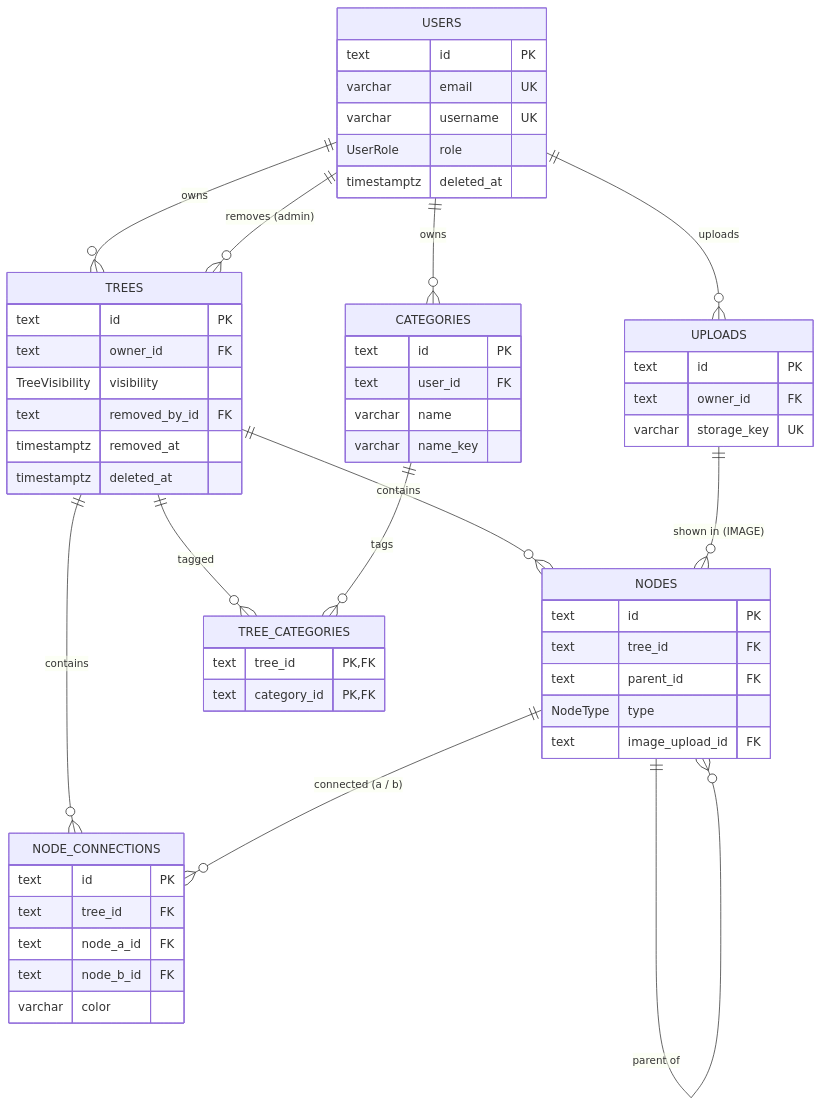
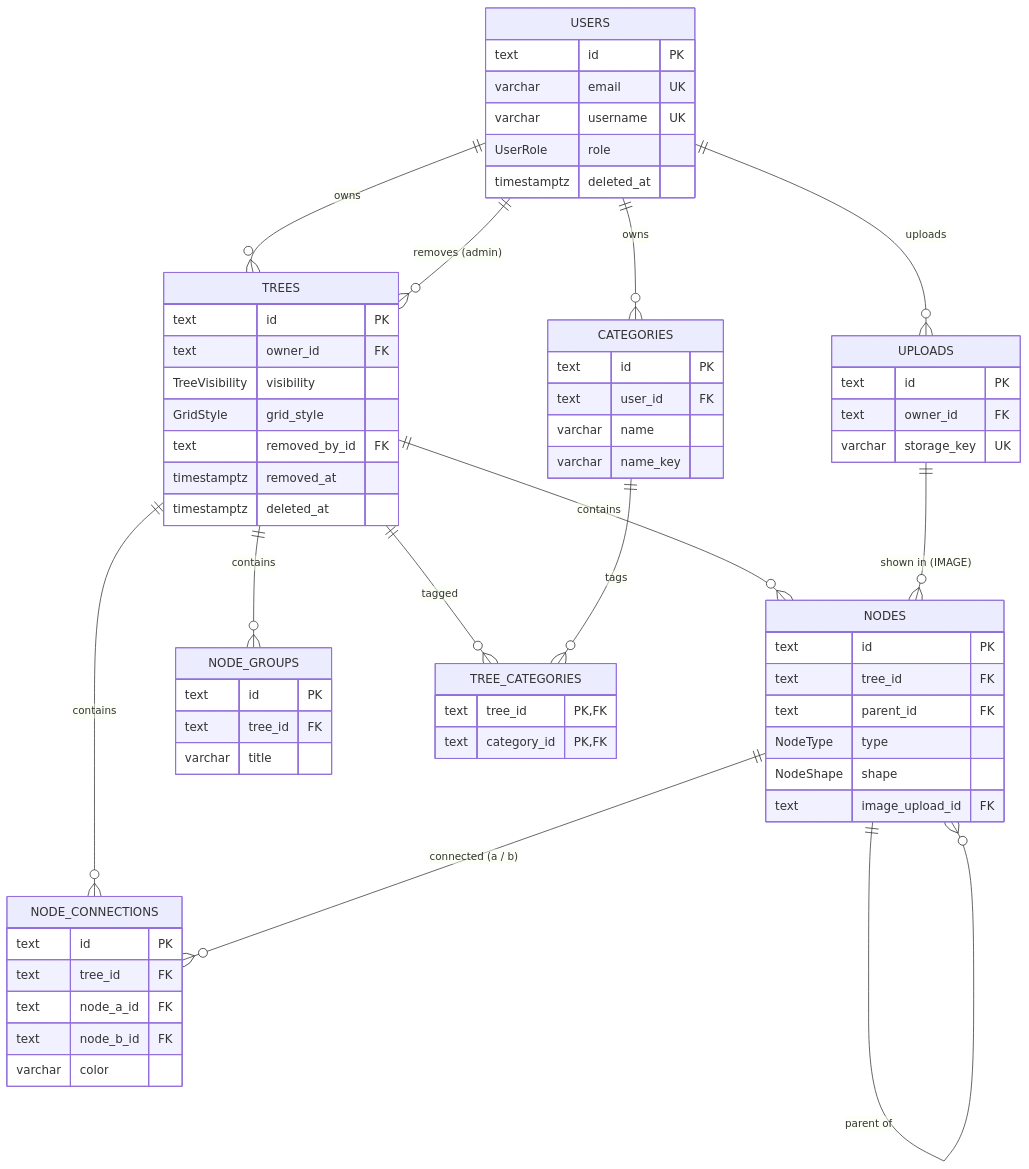
Before and after one commit to kenola12345/highdea_tree_app: the diagram in manifests/common.md, drawn with Mermaid. The commit also changed other lines of this file and 122 other files, not shown here.

````diff
--- a/manifests/common.md
+++ b/manifests/common.md
@@ -104,59 +111,67 @@
 ```mermaid
 erDiagram
   USERS ||--o{ TREES : "owns"
   USERS ||--o{ TREES : "removes (admin)"
   USERS ||--o{ CATEGORIES : "owns"
   USERS ||--o{ UPLOADS : "uploads"
   TREES ||--o{ NODES : "contains"
   NODES ||--o{ NODES : "parent of"
+  TREES ||--o{ NODE_GROUPS : "contains"
   TREES ||--o{ NODE_CONNECTIONS : "contains"
   NODES ||--o{ NODE_CONNECTIONS : "connected (a / b)"
   UPLOADS ||--o{ NODES : "shown in (IMAGE)"
   TREES ||--o{ TREE_CATEGORIES : "tagged"
   CATEGORIES ||--o{ TREE_CATEGORIES : "tags"
 
   USERS {
     text id PK
     varchar email UK
     varchar username UK
     UserRole role
     timestamptz deleted_at
   }
   TREES {
     text id PK
     text owner_id FK
     TreeVisibility visibility
+    GridStyle grid_style
     text removed_by_id FK
     timestamptz removed_at
     timestamptz deleted_at
   }
   NODES {
     text id PK
     text tree_id FK
     text parent_id FK
     NodeType type
+    NodeShape shape
     text image_upload_id FK
+  }
+  NODE_GROUPS {
+    text id PK
+    text tree_id FK
+    varchar title
   }
   NODE_CONNECTIONS {
     text id PK
     text tree_id FK
     text node_a_id FK
     text node_b_id FK
     varchar color
   }
   CATEGORIES {
     text id PK
     text user_id FK
     varchar name
     varchar name_key
   }
   TREE_CATEGORIES {
     text tree_id PK,FK
     text category_id PK,FK
   }
   UPLOADS {
     text id PK
     text owner_id FK
     varchar storage_key UK
   }
 ```
````
